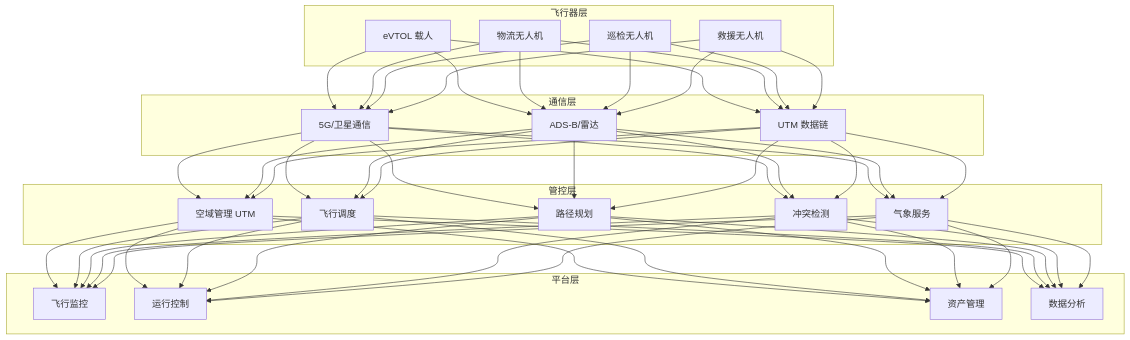
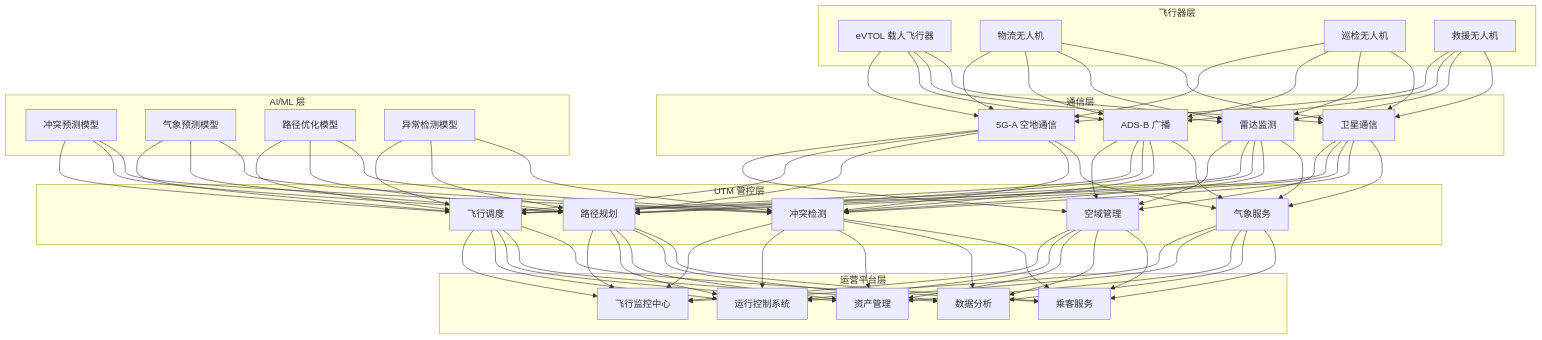
Before and after one commit to kudig-io/kudig-database: the first of 2 diagrams in topic-application-architecture/91-urban-air-mobility.md, drawn with Mermaid. The commit also changed other lines of this file and 8633 other files, not shown here.

````diff
--- a/topic-application-architecture/91-urban-air-mobility.md
+++ b/topic-application-architecture/91-urban-air-mobility.md
@@ -49,34 +132,44 @@
 ```mermaid
 graph TB
-    subgraph 飞行器层
-        V1[eVTOL 载人]
+    subgraph AircraftLayer["飞行器层"]
+        V1[eVTOL 载人飞行器]
         V2[物流无人机]
         V3[巡检无人机]
         V4[救援无人机]
     end
 
-    subgraph 通信层
-        C1[5G/卫星通信]
-        C2[ADS-B/雷达]
-        C3[UTM 数据链]
+    subgraph CommsLayer["通信层"]
+        C1[5G-A 空地通信]
+        C2[ADS-B 广播]
+        C3[雷达监测]
+        C4[卫星通信]
     end
 
-    subgraph 管控层
-        M1[空域管理 UTM]
+    subgraph UTMLayer["UTM 管控层"]
+        M1[空域管理]
         M2[飞行调度]
         M3[路径规划]
         M4[冲突检测]
         M5[气象服务]
     end
 
-    subgraph 平台层
-        P1[飞行监控]
-        P2[运行控制]
+    subgraph PlatformLayer["运营平台层"]
+        P1[飞行监控中心]
+        P2[运行控制系统]
         P3[资产管理]
         P4[数据分析]
+        P5[乘客服务]
     end
 
-    V1 & V2 & V3 & V4 --> C1 & C2 & C3
-    C1 & C2 & C3 --> M1 & M2 & M3 & M4 & M5
-    M1 & M2 & M3 & M4 & M5 --> P1 & P2 & P3 & P4
+    subgraph AILayer["AI/ML 层"]
+        AI1[冲突预测模型]
+        AI2[气象预测模型]
+        AI3[路径优化模型]
+        AI4[异常检测模型]
+    end
+
+    V1 & V2 & V3 & V4 --> C1 & C2 & C3 & C4
+    C1 & C2 & C3 & C4 --> M1 & M2 & M3 & M4 & M5
+    AI1 & AI2 & AI3 & AI4 --> M2 & M3 & M4
+    M1 & M2 & M3 & M4 & M5 --> P1 & P2 & P3 & P4 & P5
 ```
````
